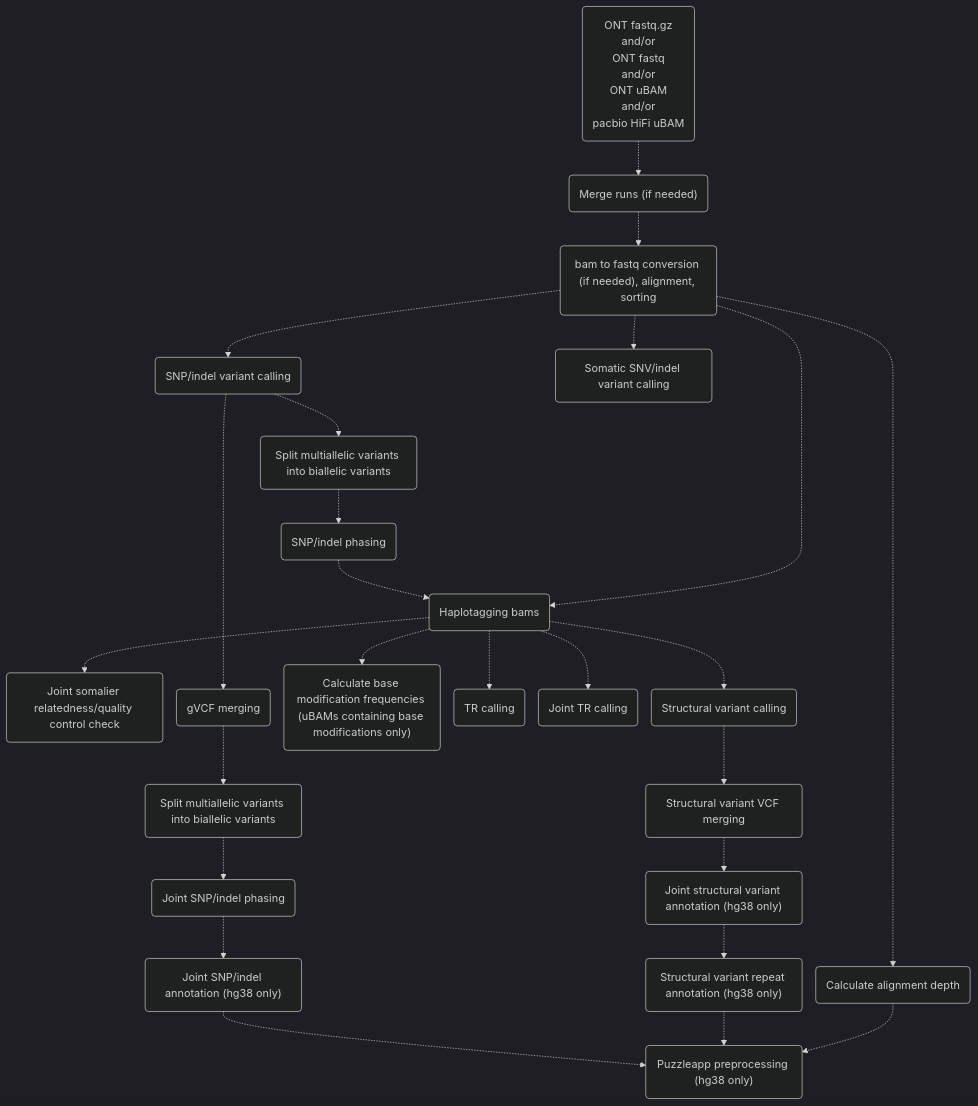
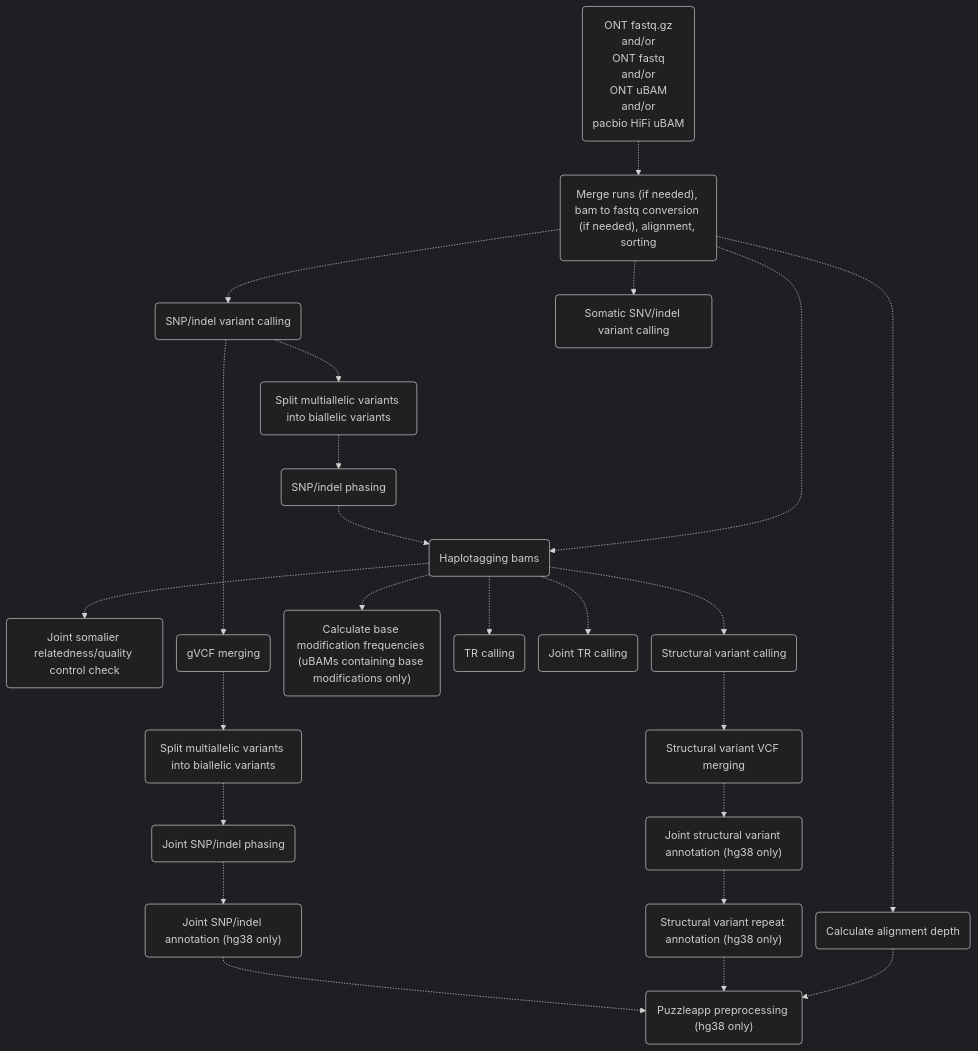
One commit to leahkemp/pipeface changed the second of 3 diagrams in docs/pipeface/info.md. Above: the diagram before and after it, drawn with Mermaid. The commit also changed other lines of this file and 2 other files, not shown here.

Commit message:
stream multi sample merge straight into minimap

````diff
--- a/docs/pipeface/info.md
+++ b/docs/pipeface/info.md
@@ -44,40 +43,39 @@
 ```mermaid
 %%{init:{'theme':'dark','themeVariables':{'fontSize':'11'},'flowchart':{'nodeSpacing':20}}}%%
 flowchart TB
 
 input_data("ONT fastq.gz <br> and/or <br> ONT fastq <br> and/or <br> ONT uBAM <br> and/or <br> pacbio HiFi uBAM")
-merging("Merge runs (if needed)")
-alignment("bam to fastq conversion (if needed), alignment, sorting")
+alignment("Merge runs (if needed), bam to fastq conversion (if needed), alignment, sorting")
 depth("Calculate alignment depth")
 snp_indel_calling("SNP/indel variant calling")
 somatic_calling("Somatic SNV/indel variant calling")
 split_multiallele("Split multiallelic variants into biallelic variants")
 snp_indel_phasing("SNP/indel phasing")
 joint_somalier("Joint somalier relatedness/quality control check")
 gvcf_merging("gVCF merging")
 joint_split_multiallele("Split multiallelic variants into biallelic variants")
 joint_snp_indel_phasing("Joint SNP/indel phasing")
 joint_snp_indel_annotation("Joint SNP/indel annotation (hg38 only)")
 haplotagging("Haplotagging bams")
 calculate_base_mod_freqs("Calculate base modification frequencies (uBAMs containing base modifications only)")
 tr_calling("TR calling")
 joint_tr_calling("Joint TR calling")
 sv_calling("Structural variant calling")
 sv_vcf_merging("Structural variant VCF merging")
 joint_sv_annotation("Joint structural variant annotation (hg38 only)")
 sv_repeat_annotation("Structural variant repeat annotation (hg38 only)")
 puzzleapp_preprocessing("Puzzleapp preprocessing (hg38 only)")
 
-input_data-.->merging-.->alignment-.->snp_indel_calling-.->split_multiallele-.->snp_indel_phasing-.->haplotagging-.->sv_calling
+input_data-.->alignment-.->snp_indel_calling-.->split_multiallele-.->snp_indel_phasing-.->haplotagging-.->sv_calling
 alignment-.->depth
 alignment-.->somatic_calling
 alignment-.->haplotagging
 haplotagging-.->calculate_base_mod_freqs
 haplotagging-.->tr_calling
 haplotagging-.->joint_tr_calling
 haplotagging-.->joint_somalier
 snp_indel_calling-.->gvcf_merging-.->joint_split_multiallele-.->joint_snp_indel_phasing-.->joint_snp_indel_annotation-.->puzzleapp_preprocessing
 sv_calling-.->sv_vcf_merging-.->joint_sv_annotation-.->sv_repeat_annotation-.->puzzleapp_preprocessing
 depth-.->puzzleapp_preprocessing
 
 ```
````
